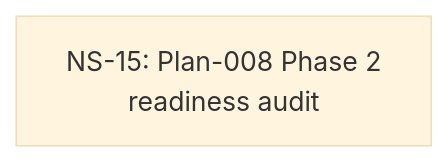
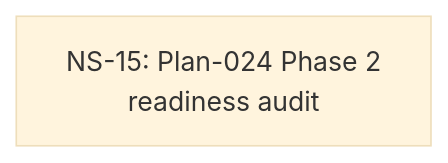
One commit to Sawmonabo/ai-sidekicks changed the diagram in .claude/skills/plan-execution/scripts/__tests__/fixtures/10-audit-skip/input/docs/architecture/cross-plan-dependencies.md. Above: the diagram before and after it, drawn with Mermaid (base theme). The commit also changed other lines of this file and 11 other files, not shown here.

````diff
--- a/.claude/skills/plan-execution/scripts/__tests__/fixtures/10-audit-skip/input/docs/architecture/cross-plan-dependencies.md
+++ b/.claude/skills/plan-execution/scripts/__tests__/fixtures/10-audit-skip/input/docs/architecture/cross-plan-dependencies.md
@@ -15,4 +15,4 @@
 ```mermaid
 graph TB
-  NS15[NS-15: Plan-008 Phase 2<br/>readiness audit]:::ready
+  NS15[NS-15: Plan-024 Phase 2<br/>readiness audit]:::ready
 ```
````
